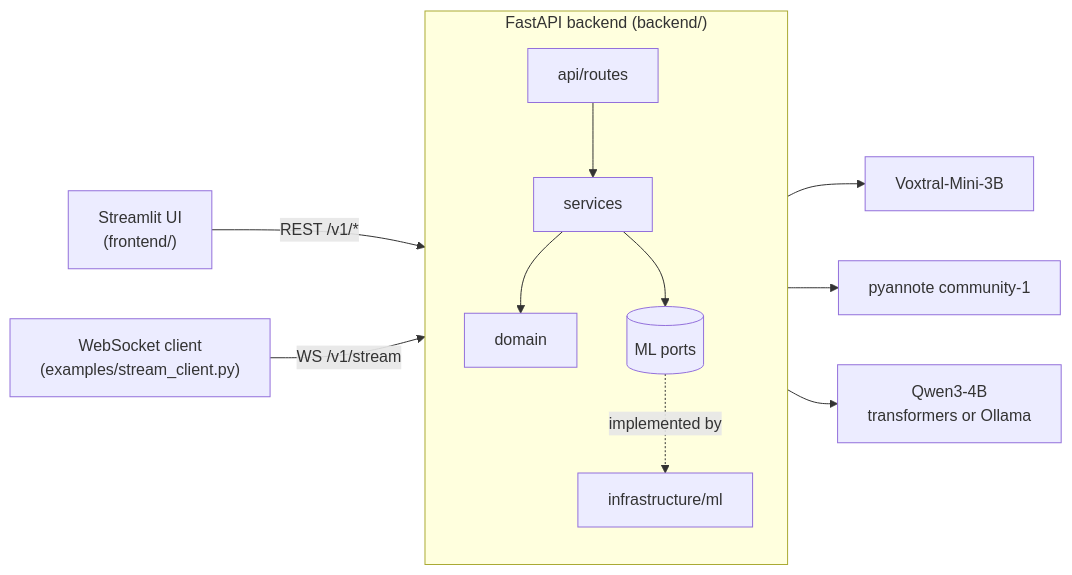
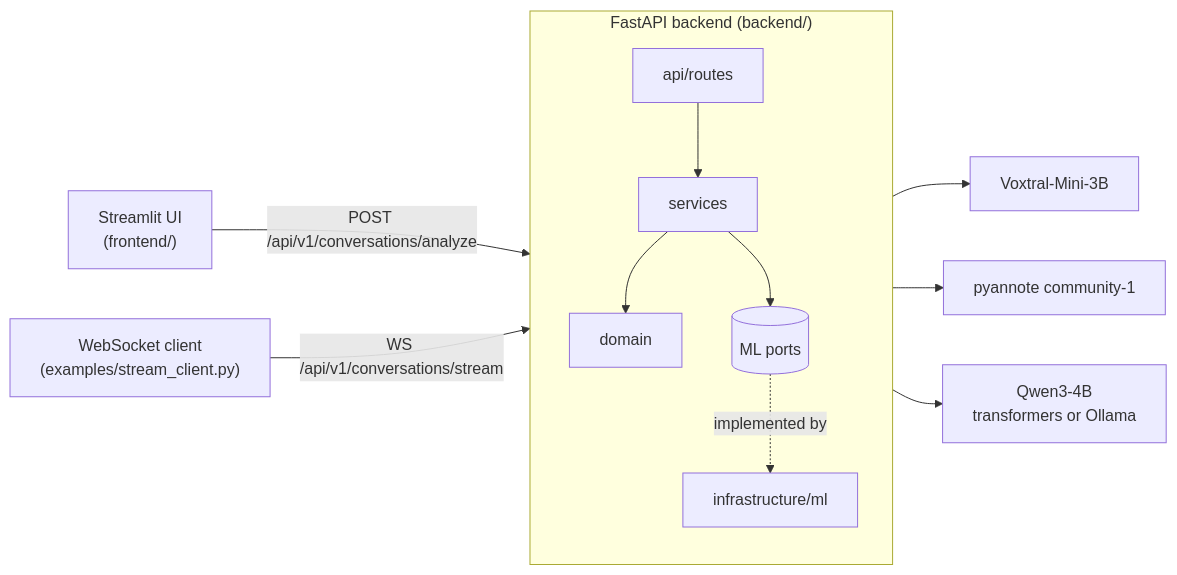
Before and after one commit to Mox301/sawt: the first of 2 diagrams in docs/architecture.md, drawn with Mermaid. The commit also changed other lines of this file and 28 other files, not shown here.

````diff
--- a/docs/architecture.md
+++ b/docs/architecture.md
@@ -6,15 +6,15 @@
 ```mermaid
 flowchart LR
-    UI["Streamlit UI<br/>(frontend/)"] -- "REST /v1/*" --> API
-    WS["WebSocket client<br/>(examples/stream_client.py)"] -- "WS /v1/stream" --> API
+    UI["Streamlit UI<br/>(frontend/)"] -- "POST /api/v1/conversations/analyze" --> API
+    WS["WebSocket client<br/>(examples/stream_client.py)"] -- "WS /api/v1/conversations/stream" --> API
     subgraph API["FastAPI backend (backend/)"]
         direction TB
         R[api/routes] --> S[services]
         S --> D[domain]
         S --> P[(ML ports)]
         P -.implemented by.-> I[infrastructure/ml]
     end
     I --> V[Voxtral-Mini-3B]
     I --> PY[pyannote community-1]
     I --> Q[Qwen3-4B<br/>transformers or Ollama]
 ```
````
